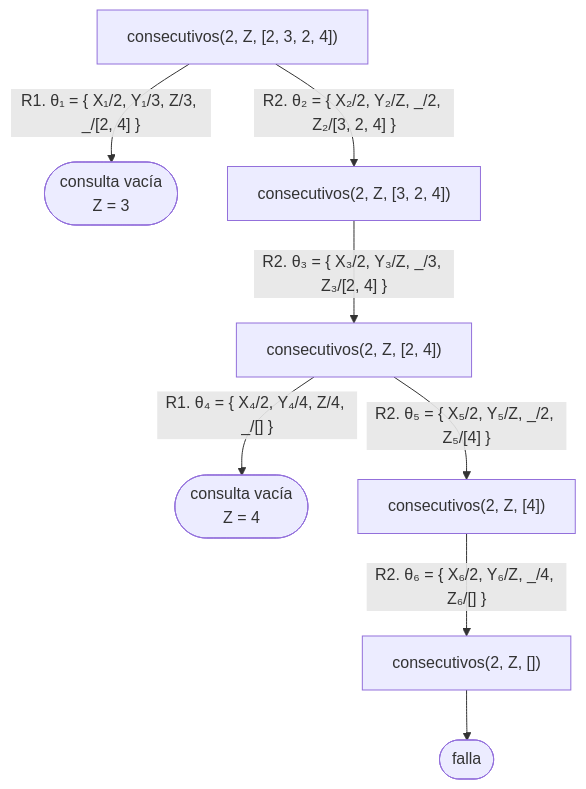
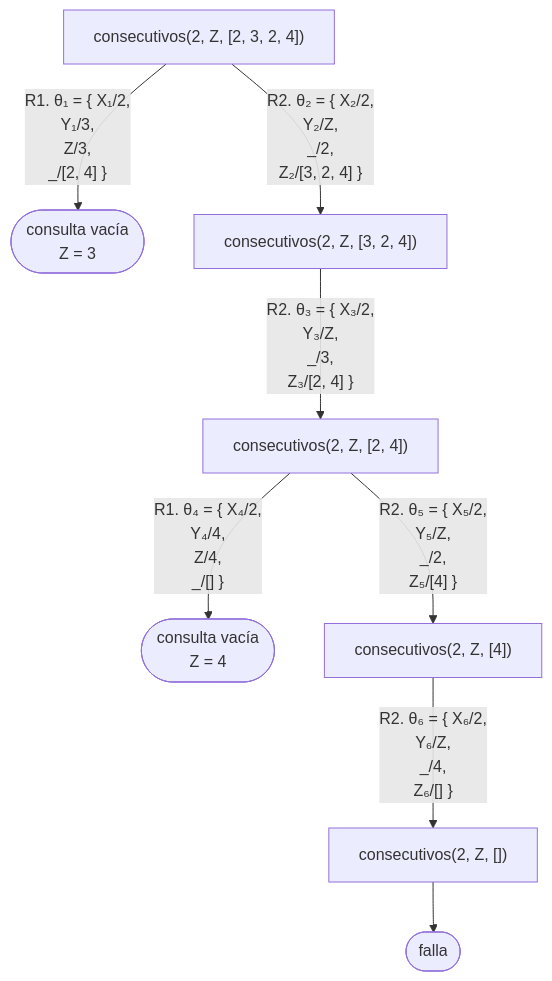
The third of 4 diagrams in docs/capitulo-13-prolog-y-la-logica/evaluacion.md (CesarBallardini/curso-de-prolog), drawn with Mermaid before and after one commit. The commit also changed other lines of this file and 24 other files, not shown here.

First line of the commit message:
feat(docs): botones para ocultar las columnas laterales y etiquetas cortas en los diagramas

````diff
--- a/docs/capitulo-13-prolog-y-la-logica/evaluacion.md
+++ b/docs/capitulo-13-prolog-y-la-logica/evaluacion.md
@@ -236,11 +236,11 @@
 ```mermaid
 %%{init: {"flowchart": {"wrappingWidth": 300}}}%%
 flowchart TD
-    A["consecutivos(2, Z, [2, 3, 2, 4])"] -- "R1. θ₁ = {&nbsp;X₁/2, Y₁/3, Z/3, _/[2, 4]&nbsp;}" --> B(["consulta vacía<br/>Z = 3"])
-    A -- "R2. θ₂ = {&nbsp;X₂/2, Y₂/Z, _/2, Z₂/[3, 2, 4]&nbsp;}" --> C["consecutivos(2, Z, [3, 2, 4])"]
-    C -- "R2. θ₃ = {&nbsp;X₃/2, Y₃/Z, _/3, Z₃/[2, 4]&nbsp;}" --> D["consecutivos(2, Z, [2, 4])"]
-    D -- "R1. θ₄ = {&nbsp;X₄/2, Y₄/4, Z/4, _/[]&nbsp;}" --> E(["consulta vacía<br/>Z = 4"])
-    D -- "R2. θ₅ = {&nbsp;X₅/2, Y₅/Z, _/2, Z₅/[4]&nbsp;}" --> F["consecutivos(2, Z, [4])"]
-    F -- "R2. θ₆ = {&nbsp;X₆/2, Y₆/Z, _/4, Z₆/[]&nbsp;}" --> G["consecutivos(2, Z, [])"]
+    A["consecutivos(2, Z, [2, 3, 2, 4])"] -- "R1. θ₁ = {&nbsp;X₁/2,<br/>Y₁/3,<br/>Z/3,<br/>_/[2, 4]&nbsp;}" --> B(["consulta vacía<br/>Z = 3"])
+    A -- "R2. θ₂ = {&nbsp;X₂/2,<br/>Y₂/Z,<br/>_/2,<br/>Z₂/[3, 2, 4]&nbsp;}" --> C["consecutivos(2, Z, [3, 2, 4])"]
+    C -- "R2. θ₃ = {&nbsp;X₃/2,<br/>Y₃/Z,<br/>_/3,<br/>Z₃/[2, 4]&nbsp;}" --> D["consecutivos(2, Z, [2, 4])"]
+    D -- "R1. θ₄ = {&nbsp;X₄/2,<br/>Y₄/4,<br/>Z/4,<br/>_/[]&nbsp;}" --> E(["consulta vacía<br/>Z = 4"])
+    D -- "R2. θ₅ = {&nbsp;X₅/2,<br/>Y₅/Z,<br/>_/2,<br/>Z₅/[4]&nbsp;}" --> F["consecutivos(2, Z, [4])"]
+    F -- "R2. θ₆ = {&nbsp;X₆/2,<br/>Y₆/Z,<br/>_/4,<br/>Z₆/[]&nbsp;}" --> G["consecutivos(2, Z, [])"]
     G --> H(["falla"])
 ```
````
